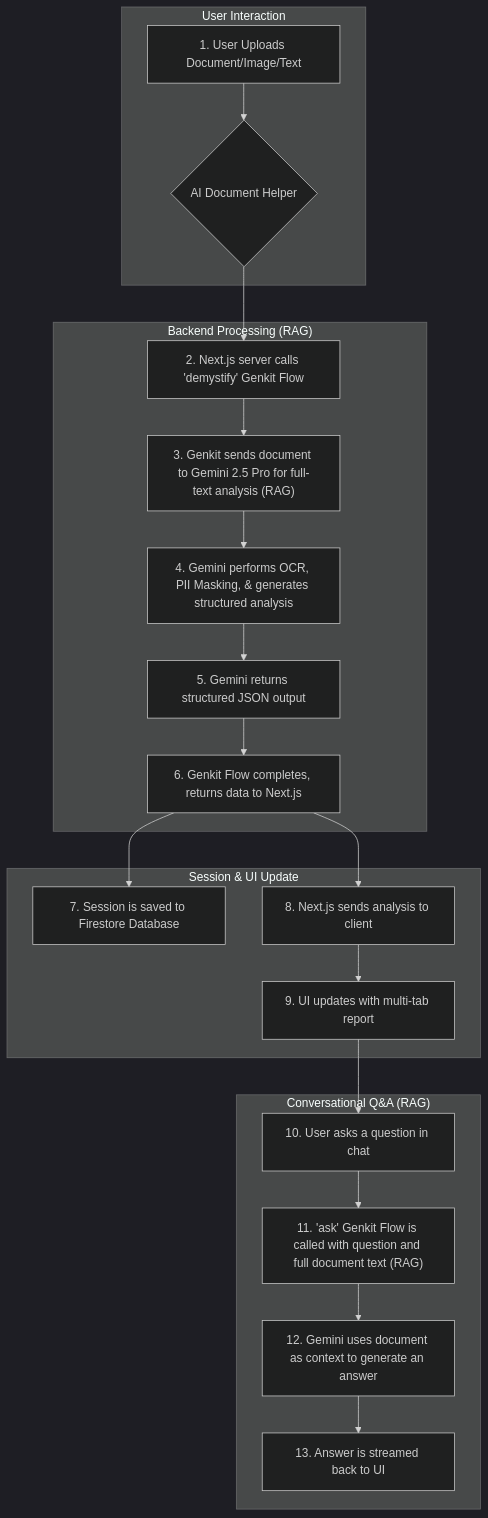
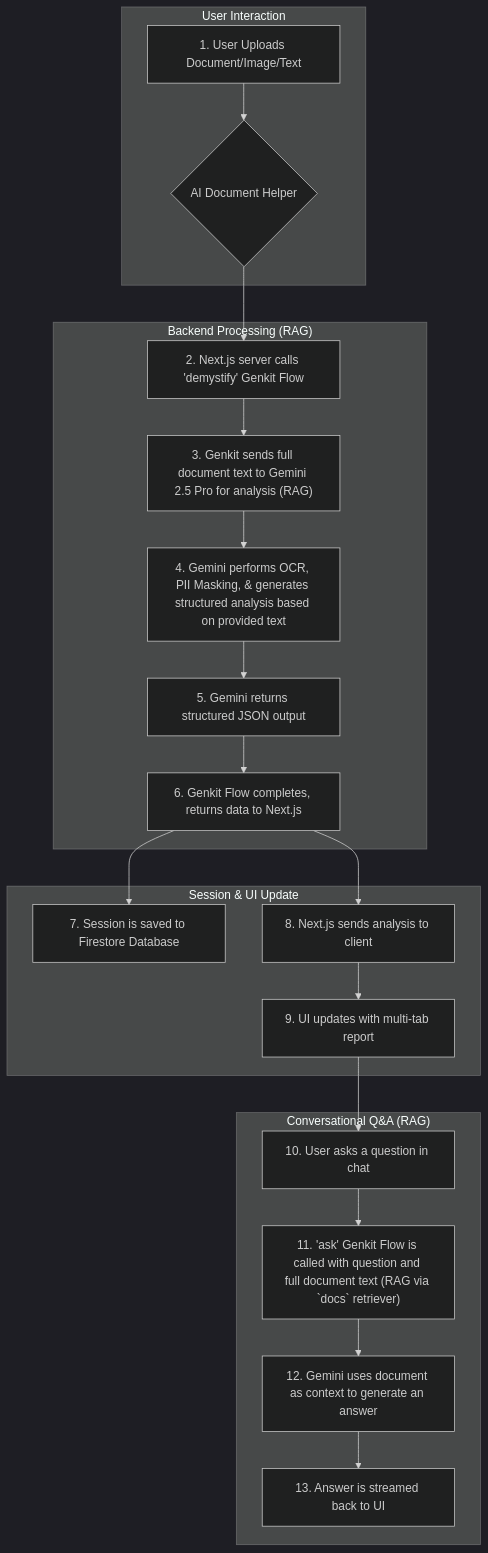
One commit to RD500/Vidhik changed the second of 3 diagrams in README.md. Above: the diagram before and after it, drawn with Mermaid (dark theme). The commit also changed other lines of this file, not shown here.

````diff
--- a/README.md
+++ b/README.md
@@ -111,24 +125,24 @@
 ```mermaid
 graph TD
     subgraph User Interaction
         A[1. User Uploads Document/Image/Text] --> B{AI Document Helper};
     end
     subgraph "Backend Processing (RAG)"
         B --> C[2. Next.js server calls 'demystify' Genkit Flow];
-        C --> D["3. Genkit sends document to Gemini 2.5 Pro for full-text analysis (RAG)"];
-        D --> E[4. Gemini performs OCR, PII Masking, & generates structured analysis];
+        C --> D["3. Genkit sends full document text to Gemini 2.5 Pro for analysis (RAG)"];
+        D --> E[4. Gemini performs OCR, PII Masking, & generates structured analysis based on provided text];
         E --> F[5. Gemini returns structured JSON output];
         F --> G[6. Genkit Flow completes, returns data to Next.js];
     end
     subgraph Session & UI Update
         G --> H[7. Session is saved to Firestore Database];
         G --> I[8. Next.js sends analysis to client];
         I --> J[9. UI updates with multi-tab report];
     end
     subgraph "Conversational Q&A (RAG)"
         J --> K[10. User asks a question in chat];
-        K --> L["11. 'ask' Genkit Flow is called with question and full document text (RAG)"];
+        K --> L["11. 'ask' Genkit Flow is called with question and full document text (RAG via `docs` retriever)"];
         L --> M[12. Gemini uses document as context to generate an answer];
         M --> N[13. Answer is streamed back to UI];
     end
 ```
````
